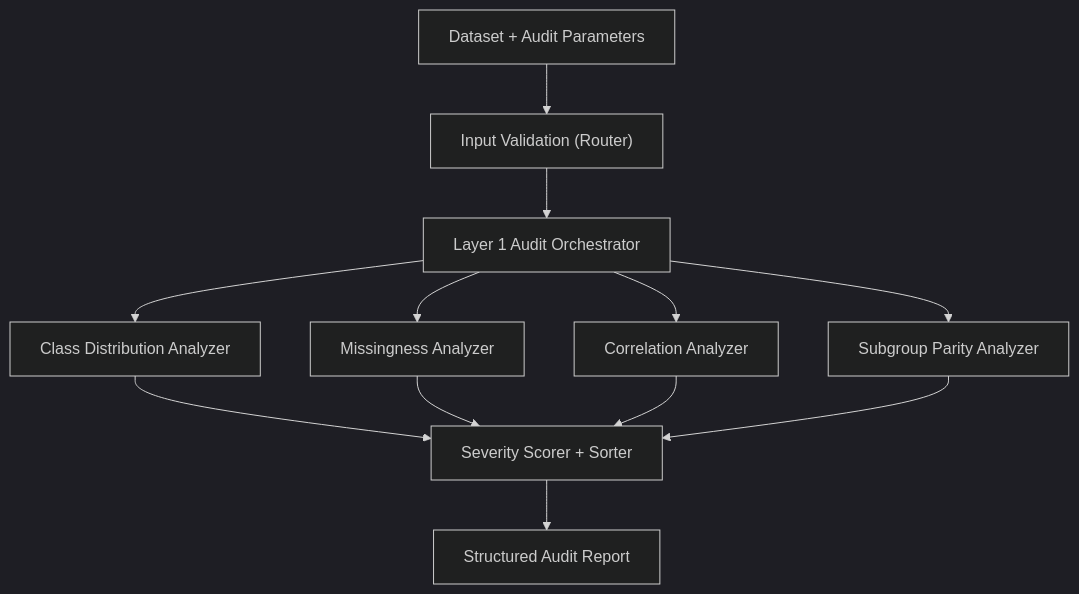
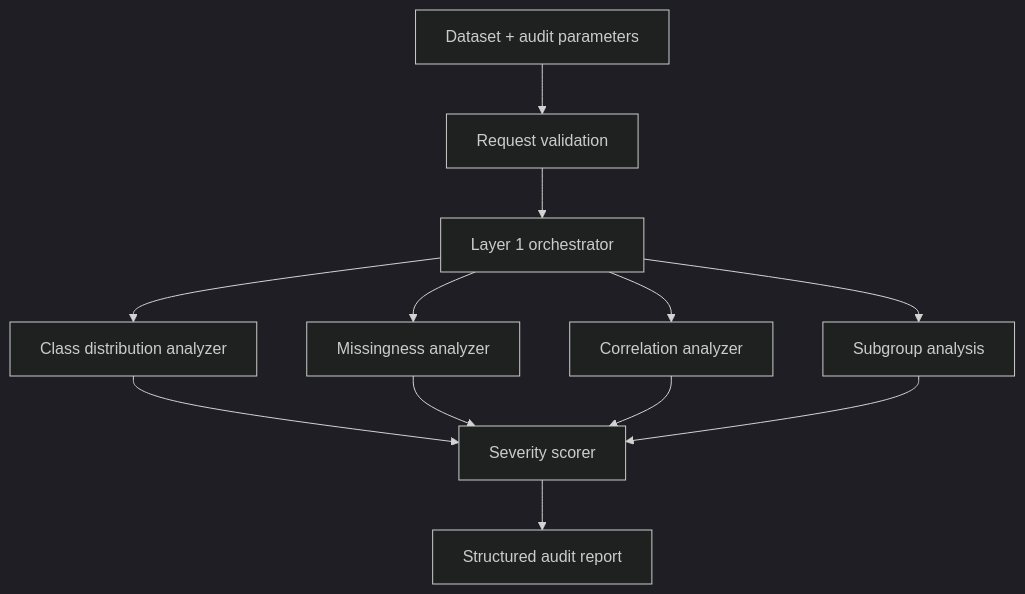
One commit to haseebraza715/AuditLens changed the diagram in ARCHITECTURE.md. Above: the diagram before and after it, drawn with Mermaid (dark theme). The commit also changed other lines of this file and 1 other file, not shown here.

Commit message:
docs: align README and architecture docs with agent instructions

````diff
--- a/ARCHITECTURE.md
+++ b/ARCHITECTURE.md
@@ -46,14 +35,14 @@
 ```mermaid
 graph TD
-    A["Dataset + Audit Parameters"] --> B["Input Validation (Router)"]
-    B --> C["Layer 1 Audit Orchestrator"]
-    C --> D["Class Distribution Analyzer"]
-    C --> E["Missingness Analyzer"]
-    C --> F["Correlation Analyzer"]
-    C --> G["Subgroup Parity Analyzer"]
-    D --> H["Severity Scorer + Sorter"]
+    A["Dataset + audit parameters"] --> B["Request validation"]
+    B --> C["Layer 1 orchestrator"]
+    C --> D["Class distribution analyzer"]
+    C --> E["Missingness analyzer"]
+    C --> F["Correlation analyzer"]
+    C --> G["Subgroup analysis"]
+    D --> H["Severity scorer"]
     E --> H
     F --> H
     G --> H
-    H --> I["Structured Audit Report"]
+    H --> I["Structured audit report"]
 ```
````
